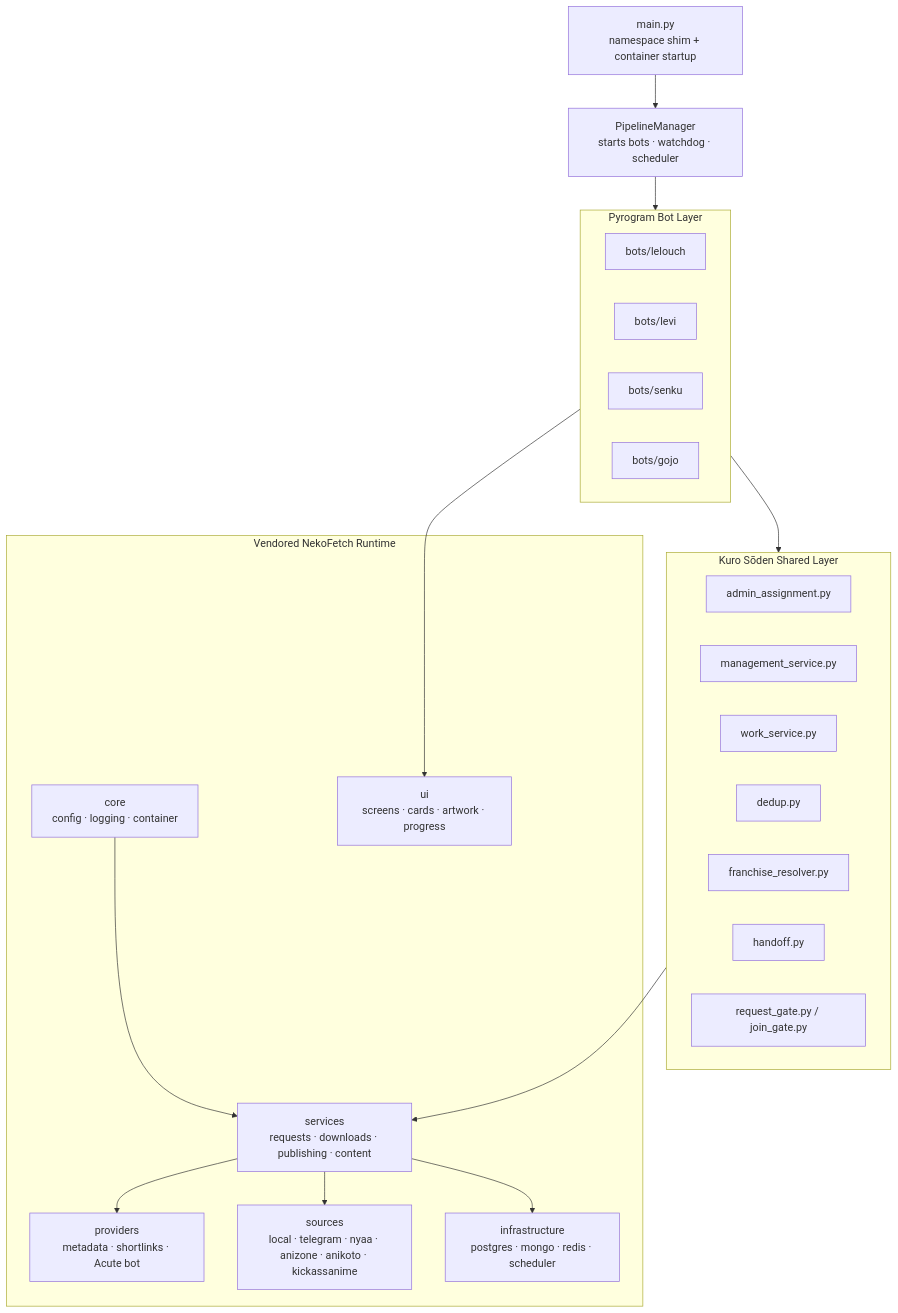
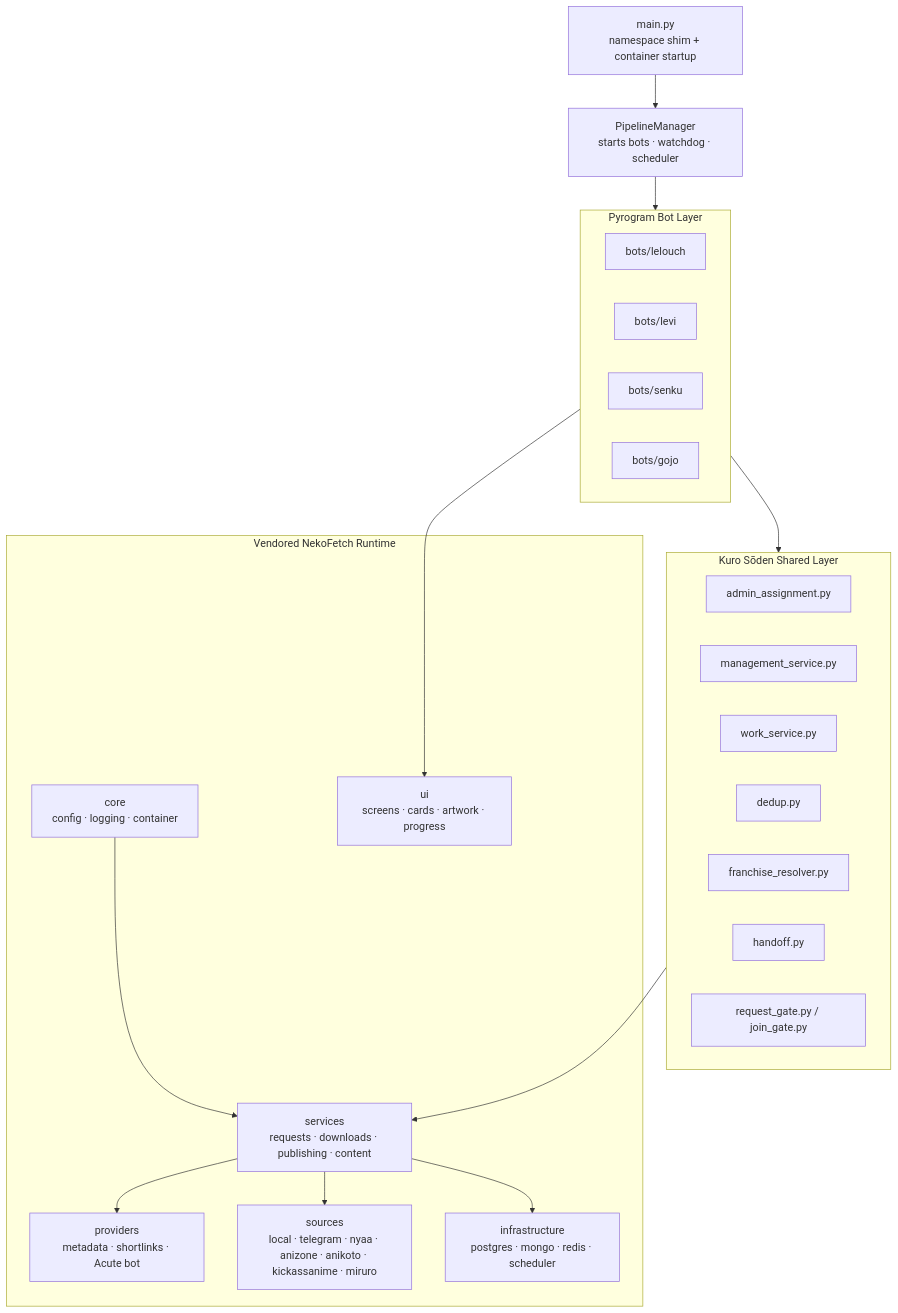
The fifth of 6 diagrams in README.md (arefin-raian/Kuro-Soden), drawn with Mermaid before and after one commit. The commit also changed other lines of this file and 8 other files, not shown here.

Commit message:
feat(sources): improve AniKoto and Miruro downloads

````diff
--- a/README.md
+++ b/README.md
@@ -363,41 +426,41 @@
 ```mermaid
 flowchart TB
     entry["main.py<br/>namespace shim + container startup"]
     manager["PipelineManager<br/>starts bots · watchdog · scheduler"]
 
     subgraph pyrogram["Pyrogram Bot Layer"]
         L["bots/lelouch"]
         V["bots/levi"]
         S["bots/senku"]
         G["bots/gojo"]
     end
 
     subgraph shared["Kuro Sōden Shared Layer"]
         assn["admin_assignment.py"]
         mgmt["management_service.py"]
         work["work_service.py"]
         dedup["dedup.py"]
         resolver["franchise_resolver.py"]
         handoff["handoff.py"]
         gate["request_gate.py / join_gate.py"]
     end
 
     subgraph nf["Vendored NekoFetch Runtime"]
         core["core<br/>config · logging · container"]
         services["services<br/>requests · downloads · publishing · content"]
         providers["providers<br/>metadata · shortlinks · Acute bot"]
-        sources["sources<br/>local · telegram · nyaa · anizone · anikoto · kickassanime"]
+        sources["sources<br/>local · telegram · nyaa · anizone · anikoto · kickassanime · miruro"]
         infra["infrastructure<br/>postgres · mongo · redis · scheduler"]
         ui["ui<br/>screens · cards · artwork · progress"]
     end
 
     entry --> manager
     manager --> pyrogram
     pyrogram --> shared
     shared --> services
     services --> providers
     services --> sources
     services --> infra
     pyrogram --> ui
     core --> services
 ```
````
